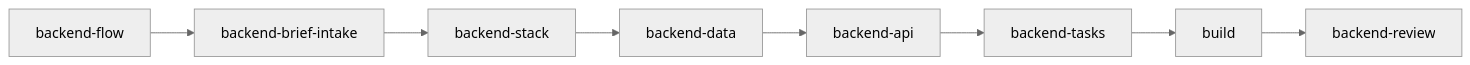
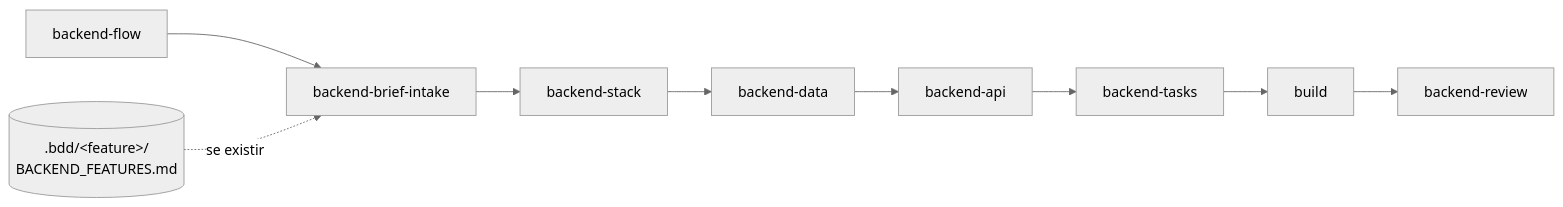
The fifth of 10 diagrams in docs/skills-flow.md (diegocredidio/project-skills), drawn with Mermaid (neutral theme) before and after one commit. The commit also changed other lines of this file and 3 other files, not shown here.

````diff
--- a/docs/skills-flow.md
+++ b/docs/skills-flow.md
@@ -90,10 +133,11 @@
 ```mermaid
 flowchart LR
     Flow[backend-flow] --> Brief[backend-brief-intake]
+    BDDIn[(".bdd/&lt;feature&gt;/<br/>BACKEND_FEATURES.md")] -.se existir.-> Brief
     Brief --> Stack[backend-stack]
     Stack --> Data[backend-data]
     Data --> API[backend-api]
     API --> Tasks[backend-tasks]
     Tasks --> Build[build]
     Build --> Review[backend-review]
 ```
````
